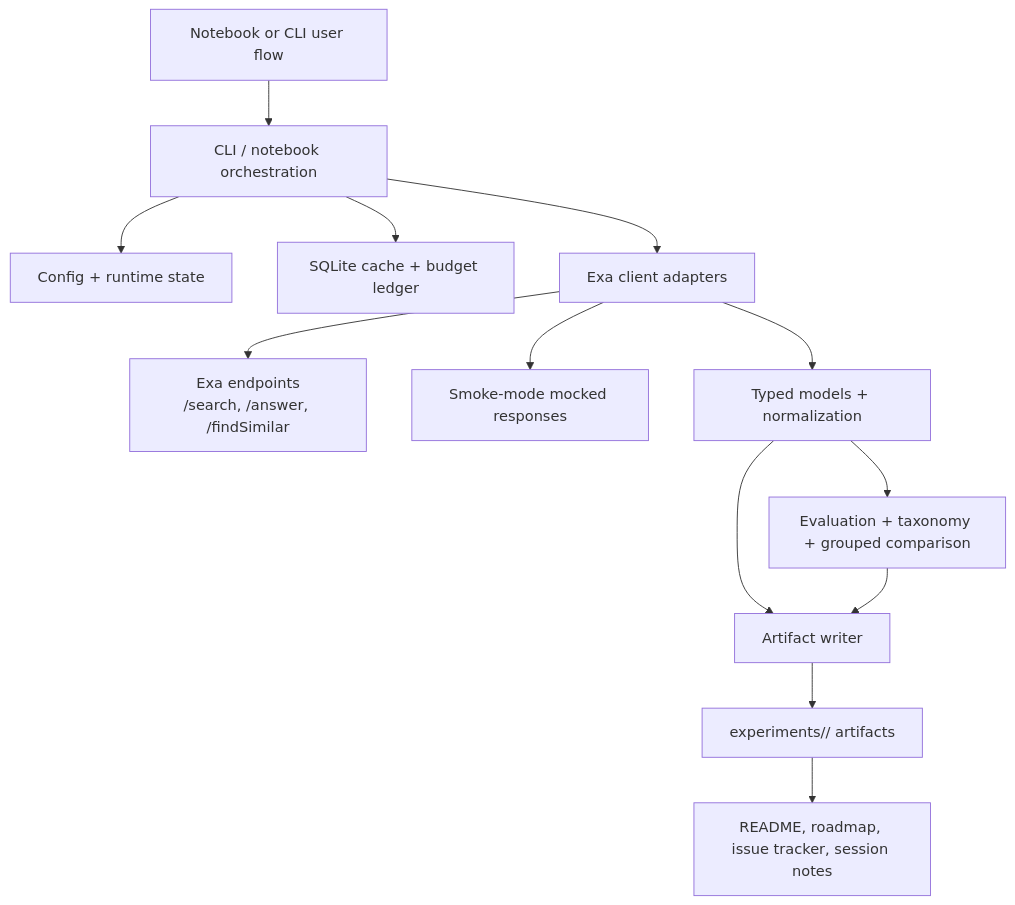
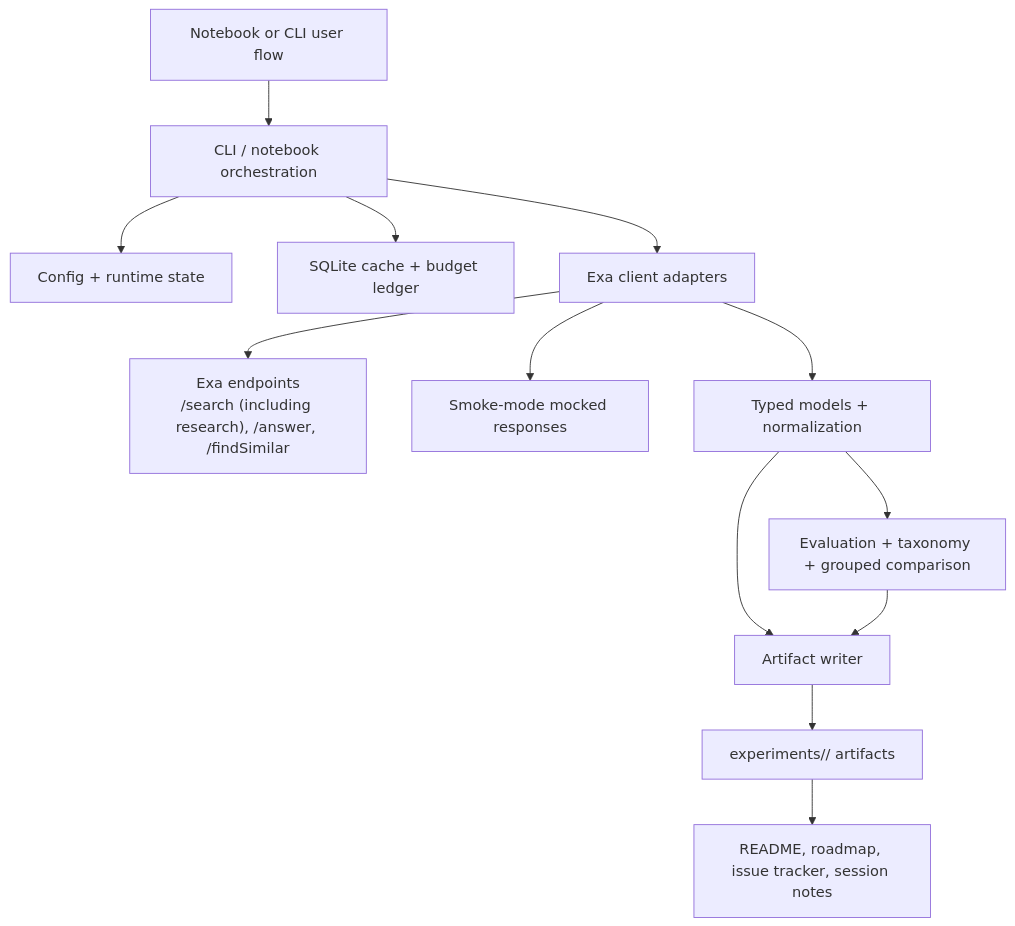
Before and after one commit to itprodirect/exai-insurance-intel: the diagram in README.md, drawn with Mermaid. The commit also changed other lines of this file and 20 other files, not shown here.

````diff
--- a/README.md
+++ b/README.md
@@ -93,15 +93,15 @@
 ```mermaid
 flowchart TD
     U["Notebook or CLI user flow"] --> CLI["CLI / notebook orchestration"]
     CLI --> CFG["Config + runtime state"]
     CLI --> CACHE["SQLite cache + budget ledger"]
     CLI --> CLIENT["Exa client adapters"]
-    CLIENT --> EXA["Exa endpoints\n/search, /answer, /findSimilar"]
+    CLIENT --> EXA["Exa endpoints\n/search (including research), /answer, /findSimilar"]
     CLIENT --> MOCK["Smoke-mode mocked responses"]
     CLIENT --> MODELS["Typed models + normalization"]
     MODELS --> EVAL["Evaluation + taxonomy + grouped comparison"]
     MODELS --> ART["Artifact writer"]
     EVAL --> ART
     ART --> EXP["experiments/<run-id>/ artifacts"]
     EXP --> DOCS["README, roadmap, issue tracker, session notes"]
 ```
````
